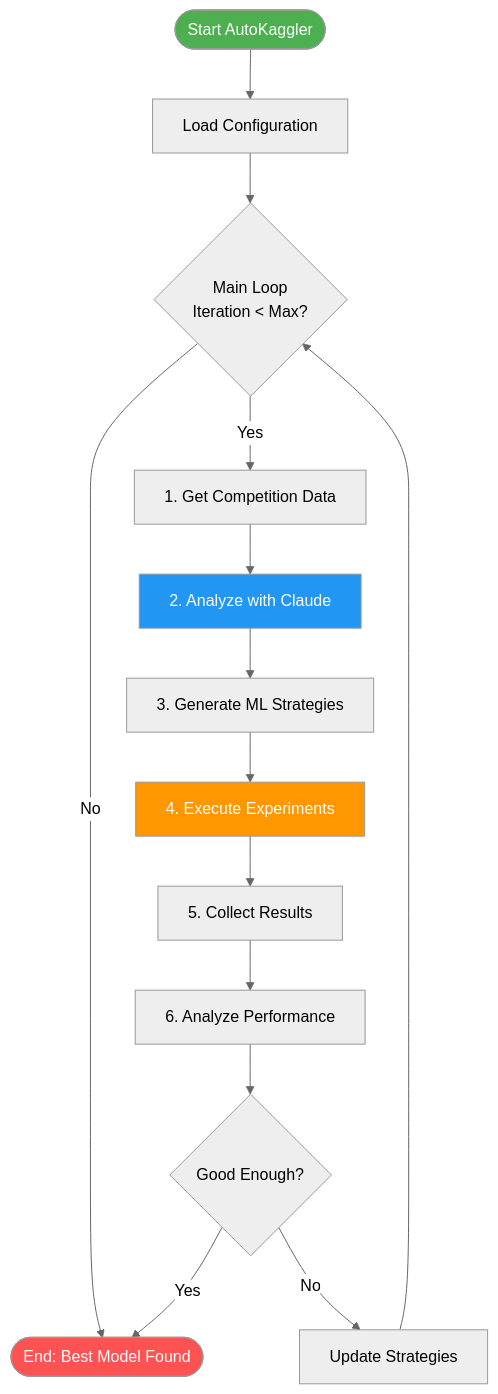
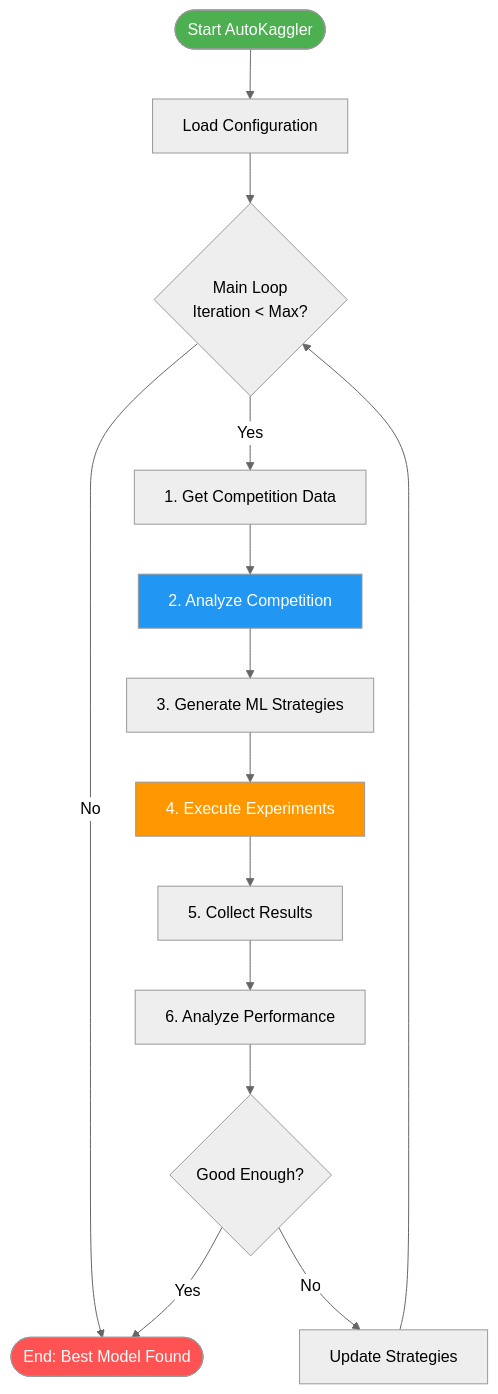
Before and after one commit to harutasti/kaggle_automation: the first of 5 diagrams in docs/architecture/QUICK_FLOW_OVERVIEW.md, drawn with Mermaid (neutral theme). The commit also changed other lines of this file and 27 other files, not shown here.

````diff
--- a/docs/architecture/QUICK_FLOW_OVERVIEW.md
+++ b/docs/architecture/QUICK_FLOW_OVERVIEW.md
@@ -5,24 +5,24 @@
 ```mermaid
 flowchart TD
     Start([Start AutoKaggler]) --> Init[Load Configuration]
     
     Init --> MainLoop{Main Loop<br/>Iteration < Max?}
     MainLoop -->|No| End([End: Best Model Found])
     
     MainLoop -->|Yes| Step1[1. Get Competition Data]
-    Step1 --> Step2[2. Analyze with Claude]
-    Step2 --> Step3[3. Generate ML Strategies] 
+    Step1 --> Step2[2. Analyze Competition]
+    Step2 --> Step3[3. Generate ML Strategies]
     Step3 --> Step4[4. Execute Experiments]
     Step4 --> Step5[5. Collect Results]
     Step5 --> Step6[6. Analyze Performance]
     Step6 --> Decision{Good Enough?}
     
     Decision -->|No| Feedback[Update Strategies]
     Feedback --> MainLoop
     Decision -->|Yes| End
     
     style Start fill:#4CAF50,color:#fff
     style End fill:#FF5252,color:#fff
     style Step2 fill:#2196F3,color:#fff
     style Step4 fill:#FF9800,color:#fff
 ```
````
